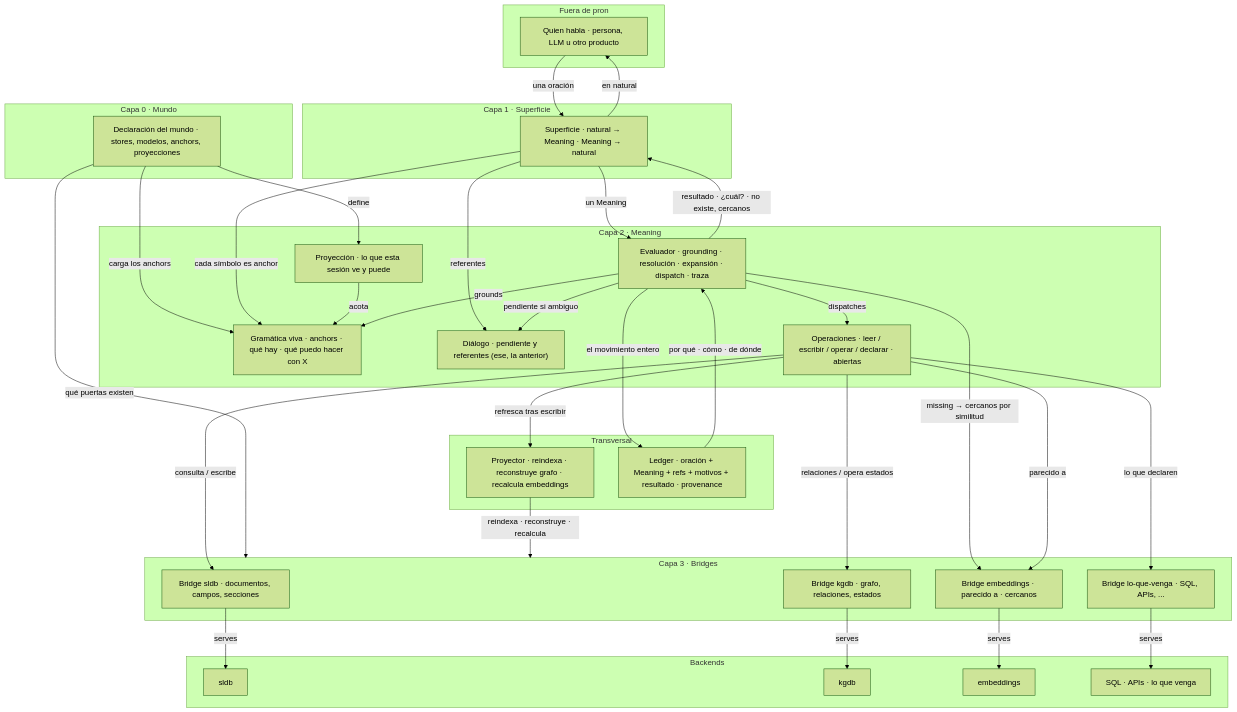
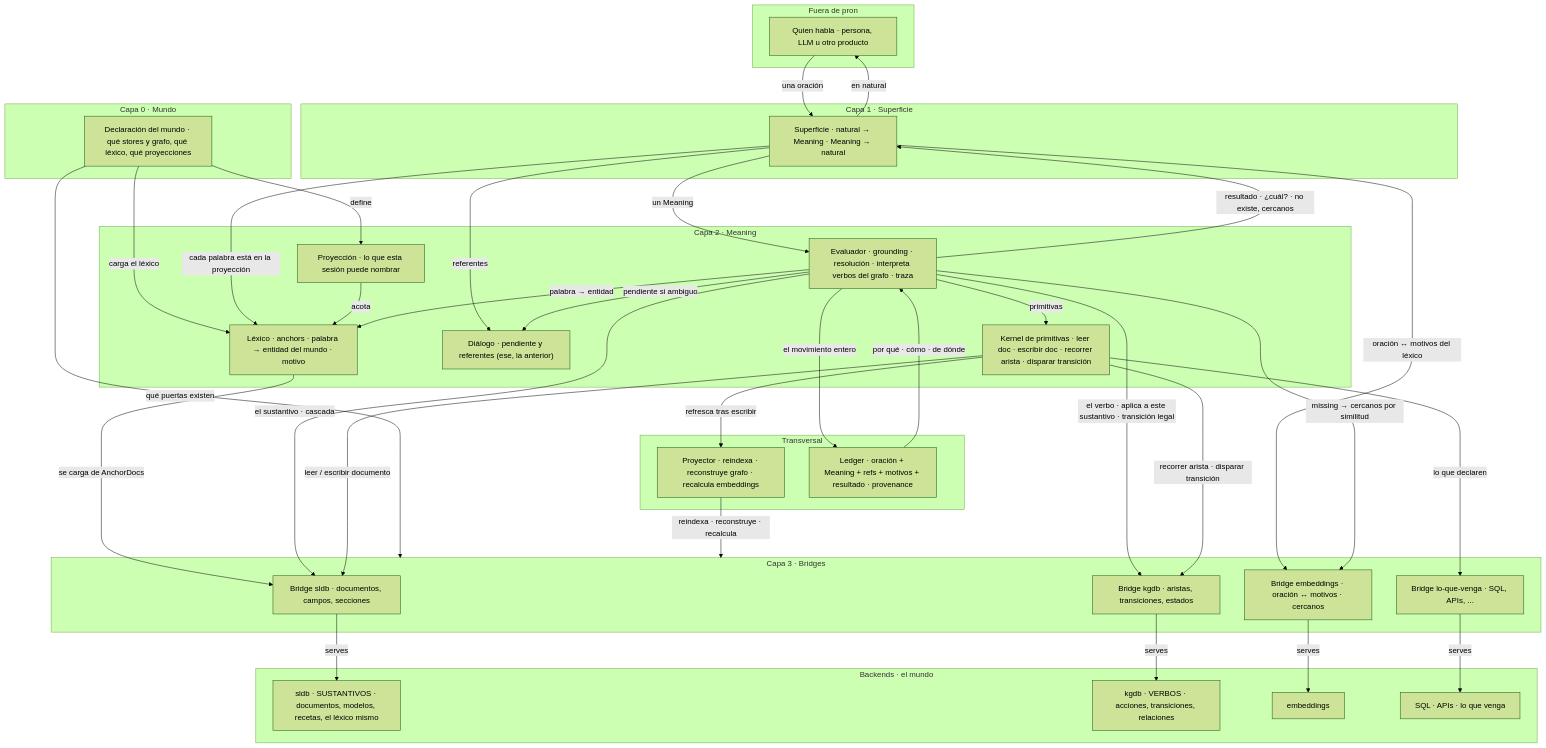
One commit to jpcosec/pron changed the diagram in views/spec2viz/out/mermaid/target.components.mmd. Above: the diagram before and after it, drawn with Mermaid (forest theme). The commit also changed 9 other files, not shown here.

```diff
--- a/views/spec2viz/out/mermaid/target.components.mmd
+++ b/views/spec2viz/out/mermaid/target.components.mmd
@@ -1,59 +1,62 @@
 graph TD
     subgraph afuera ["Fuera de pron"]
         hablante["Quien habla · persona, LLM u otro producto"]
     end
     subgraph capa0 ["Capa 0 · Mundo"]
-        mundo["Declaración del mundo · stores, modelos, anchors, proyecciones"]
+        mundo["Declaración del mundo · qué stores y grafo, qué léxico, qué proyecciones"]
     end
     subgraph capa1 ["Capa 1 · Superficie"]
         superficie["Superficie · natural → Meaning · Meaning → natural"]
     end
     subgraph capa2 ["Capa 2 · Meaning"]
-        gramatica["Gramática viva · anchors · qué hay · qué puedo hacer con X"]
-        proyeccion["Proyección · lo que esta sesión ve y puede"]
+        lexico["Léxico · anchors · palabra → entidad del mundo · motivo"]
+        proyeccion["Proyección · lo que esta sesión puede nombrar"]
         dialogo["Diálogo · pendiente y referentes (ese, la anterior)"]
-        evaluador["Evaluador · grounding · resolución · expansión · dispatch · traza"]
-        operaciones["Operaciones · leer / escribir / operar / declarar · abiertas"]
+        evaluador["Evaluador · grounding · resolución · interpreta verbos del grafo · traza"]
+        kernel["Kernel de primitivas · leer doc · escribir doc · recorrer arista · disparar transición"]
     end
     subgraph capa3 ["Capa 3 · Bridges"]
         bridge_sldb["Bridge sldb · documentos, campos, secciones"]
-        bridge_kgdb["Bridge kgdb · grafo, relaciones, estados"]
-        bridge_emb["Bridge embeddings · parecido a · cercanos"]
+        bridge_kgdb["Bridge kgdb · aristas, transiciones, estados"]
+        bridge_emb["Bridge embeddings · oración ↔ motivos · cercanos"]
         bridge_otros["Bridge lo-que-venga · SQL, APIs, ..."]
     end
     subgraph transversal ["Transversal"]
         proyector["Proyector · reindexa · reconstruye grafo · recalcula embeddings"]
         ledger["Ledger · oración + Meaning + refs + motivos + resultado · provenance"]
     end
-    subgraph backends ["Backends"]
-        sldb["sldb"]
-        kgdb["kgdb"]
+    subgraph backends ["Backends · el mundo"]
+        sldb["sldb · SUSTANTIVOS · documentos, modelos, recetas, el léxico mismo"]
+        kgdb["kgdb · VERBOS · acciones, transiciones, relaciones"]
         embeddings["embeddings"]
         otros["SQL · APIs · lo que venga"]
     end
-    mundo -->|"carga los anchors"| gramatica
+    mundo -->|"carga el léxico"| lexico
     mundo -->|"define"| proyeccion
     mundo -->|"qué puertas existen"| capa3
     hablante -->|"una oración"| superficie
     superficie -->|"referentes"| dialogo
-    superficie -->|"cada símbolo es anchor"| gramatica
-    proyeccion -->|"acota"| gramatica
+    superficie -->|"oración ↔ motivos del léxico"| bridge_emb
+    superficie -->|"cada palabra está en la proyección"| lexico
+    proyeccion -->|"acota"| lexico
+    lexico -->|"se carga de AnchorDocs"| bridge_sldb
     superficie -->|"un Meaning"| evaluador
-    evaluador -->|"grounds"| gramatica
+    evaluador -->|"palabra → entidad"| lexico
+    evaluador -->|"el sustantivo · cascada"| bridge_sldb
+    evaluador -->|"el verbo · aplica a este sustantivo · transición legal"| bridge_kgdb
+    evaluador -->|"missing → cercanos por similitud"| bridge_emb
     evaluador -->|"pendiente si ambiguo"| dialogo
-    evaluador -->|"missing → cercanos por similitud"| bridge_emb
-    evaluador -->|"dispatches"| operaciones
-    operaciones -->|"consulta / escribe"| bridge_sldb
-    operaciones -->|"relaciones / opera estados"| bridge_kgdb
-    operaciones -->|"parecido a"| bridge_emb
-    operaciones -->|"lo que declaren"| bridge_otros
-    operaciones -->|"refresca tras escribir"| proyector
+    evaluador -->|"primitivas"| kernel
+    kernel -->|"leer / escribir documento"| bridge_sldb
+    kernel -->|"recorrer arista · disparar transición"| bridge_kgdb
+    kernel -->|"lo que declaren"| bridge_otros
+    kernel -->|"refresca tras escribir"| proyector
     proyector -->|"reindexa · reconstruye · recalcula"| capa3
     bridge_sldb -->|"serves"| sldb
     bridge_kgdb -->|"serves"| kgdb
     bridge_emb -->|"serves"| embeddings
     bridge_otros -->|"serves"| otros
     evaluador -->|"el movimiento entero"| ledger
     ledger -->|"por qué · cómo · de dónde"| evaluador
     evaluador -->|"resultado · ¿cuál? · no existe, cercanos"| superficie
     superficie -->|"en natural"| hablante
```
